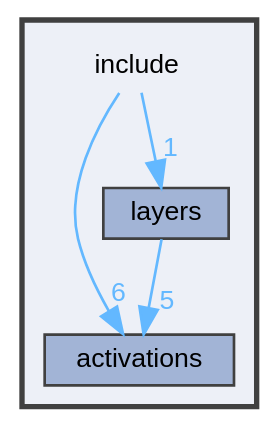
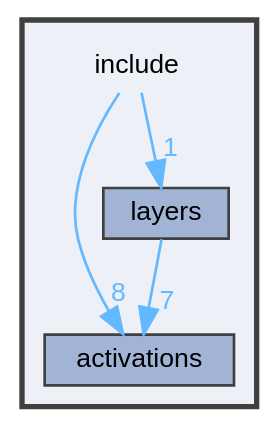
The diagram in dir_d44c64559bbebec7f509842c48db8b23_dep.dot (Nalin-Angrish/FlexNN), drawn with Graphviz before and after one commit. The commit also changed 201 other files, not shown here.

```diff
--- a/dir_d44c64559bbebec7f509842c48db8b23_dep.dot
+++ b/dir_d44c64559bbebec7f509842c48db8b23_dep.dot
@@ -1,17 +1,17 @@
 digraph "include"
 {
  // LATEX_PDF_SIZE
   bgcolor="transparent";
   edge [fontname=Helvetica,fontsize=10,labelfontname=Helvetica,labelfontsize=10];
   node [fontname=Helvetica,fontsize=10,shape=box,height=0.2,width=0.4];
   compound=true
   subgraph clusterdir_d44c64559bbebec7f509842c48db8b23 {
     graph [ bgcolor="#edf0f7", pencolor="grey25", label="", fontname=Helvetica,fontsize=10 style="filled,bold", URL="dir_d44c64559bbebec7f509842c48db8b23.html",tooltip=""]
     dir_d44c64559bbebec7f509842c48db8b23 [shape=plaintext, label="include"];
   dir_5085178e55206e1ee567ca89c87e6782 [label="activations", fillcolor="#a2b4d6", color="grey25", style="filled", URL="dir_5085178e55206e1ee567ca89c87e6782.html",tooltip=""];
   dir_60b85c829bff656fa9381b606f5c0bf1 [label="layers", fillcolor="#a2b4d6", color="grey25", style="filled", URL="dir_60b85c829bff656fa9381b606f5c0bf1.html",tooltip=""];
   }
-  dir_d44c64559bbebec7f509842c48db8b23->dir_5085178e55206e1ee567ca89c87e6782 [headlabel="6", labeldistance=1.5 headhref="dir_000002_000000.html" href="dir_000002_000000.html" color="steelblue1" fontcolor="steelblue1"];
+  dir_d44c64559bbebec7f509842c48db8b23->dir_5085178e55206e1ee567ca89c87e6782 [headlabel="8", labeldistance=1.5 headhref="dir_000002_000000.html" href="dir_000002_000000.html" color="steelblue1" fontcolor="steelblue1"];
   dir_d44c64559bbebec7f509842c48db8b23->dir_60b85c829bff656fa9381b606f5c0bf1 [headlabel="1", labeldistance=1.5 headhref="dir_000002_000003.html" href="dir_000002_000003.html" color="steelblue1" fontcolor="steelblue1"];
-  dir_60b85c829bff656fa9381b606f5c0bf1->dir_5085178e55206e1ee567ca89c87e6782 [headlabel="5", labeldistance=1.5 headhref="dir_000003_000000.html" href="dir_000003_000000.html" color="steelblue1" fontcolor="steelblue1"];
+  dir_60b85c829bff656fa9381b606f5c0bf1->dir_5085178e55206e1ee567ca89c87e6782 [headlabel="7", labeldistance=1.5 headhref="dir_000003_000000.html" href="dir_000003_000000.html" color="steelblue1" fontcolor="steelblue1"];
 }
```
